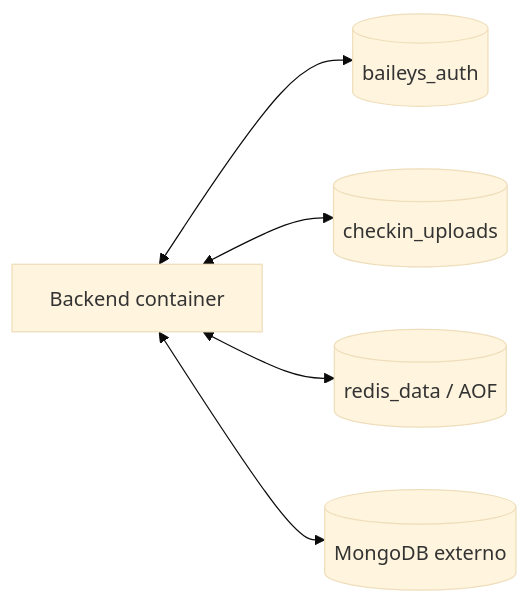
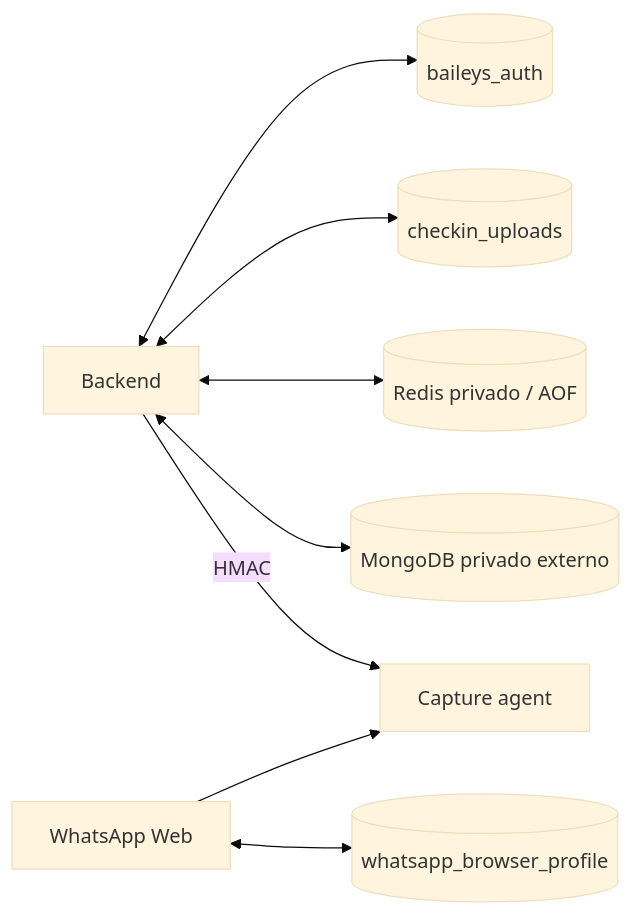
One commit to deco31416/wp-monitor changed the diagram in docs/operations/docker.md. Above: the diagram before and after it, drawn with Mermaid (base theme). The commit also changed other lines of this file and 74 other files, not shown here.

````diff
--- a/docs/operations/docker.md
+++ b/docs/operations/docker.md
@@ -56,12 +93,18 @@
 ```mermaid
 flowchart LR
-    Backend[Backend container]
+    Backend[Backend]
+    Browser[WhatsApp Web]
+    Agent[Capture agent]
     Auth[(baileys_auth)]
+    Profile[(whatsapp_browser_profile)]
     Uploads[(checkin_uploads)]
-    Redis[(redis_data / AOF)]
-    Mongo[(MongoDB externo)]
+    Redis[(Redis privado / AOF)]
+    Mongo[(MongoDB privado externo)]
     Backend <--> Auth
     Backend <--> Uploads
     Backend <--> Redis
     Backend <--> Mongo
+    Browser <--> Profile
+    Browser --> Agent
+    Backend -->|HMAC| Agent
 ```
````
